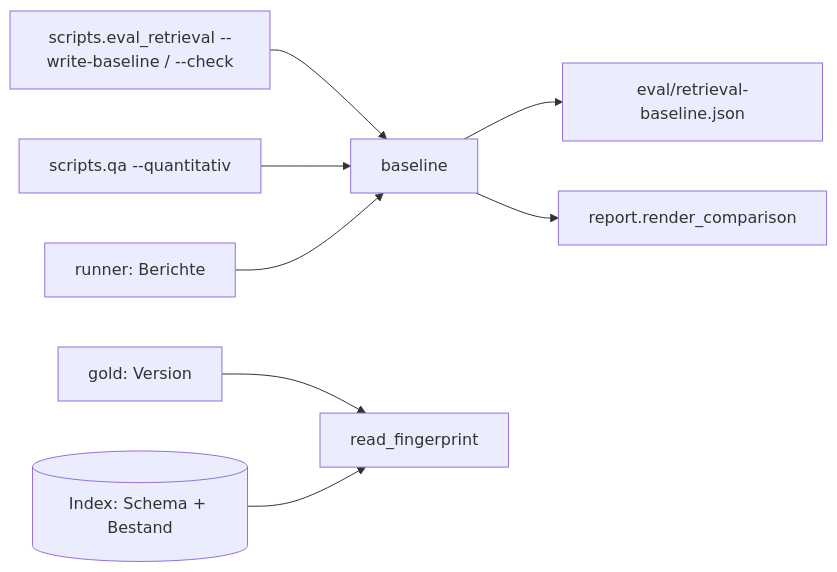
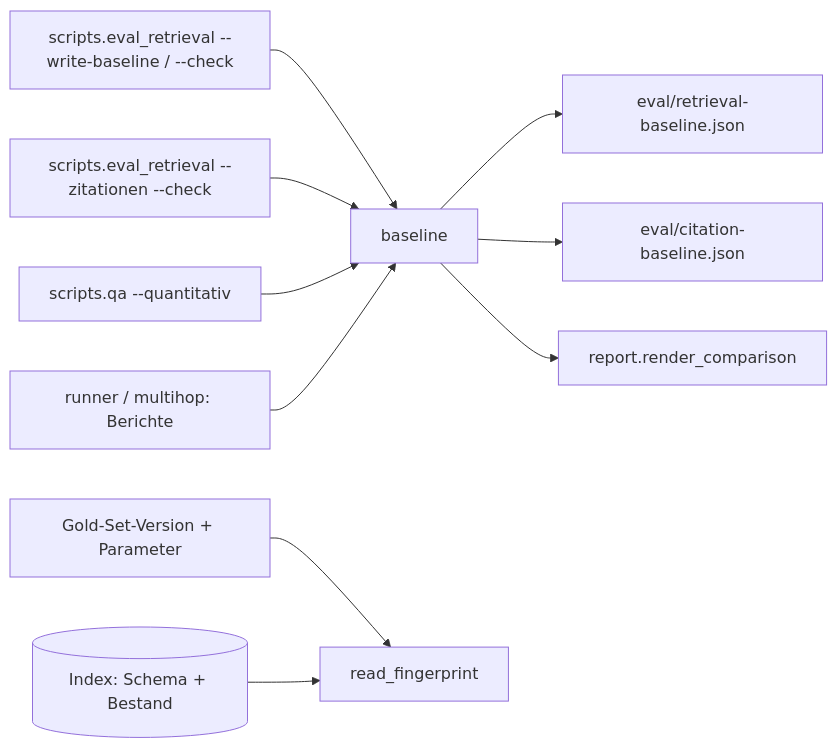
One commit to MomoEngineer/research-graphrag changed the second of 2 diagrams in src/research_graphrag/evaluation/doc/baseline.md. Above: the diagram before and after it, drawn with Mermaid. The commit also changed other lines of this file and 27 other files, not shown here.

First line of the commit message:
Add comprehensive tests for Multi-Hop evaluation against citation graph

````diff
--- a/src/research_graphrag/evaluation/doc/baseline.md
+++ b/src/research_graphrag/evaluation/doc/baseline.md
@@ -98,10 +105,12 @@
 ```mermaid
 flowchart LR
     CLI["scripts.eval_retrieval --write-baseline / --check"] --> BL["baseline"]
+    CLZ["scripts.eval_retrieval --zitationen --check"] --> BL
     QA["scripts.qa --quantitativ"] --> BL
-    RU["runner: Berichte"] --> BL
-    GO["gold: Version"] --> FP["read_fingerprint"]
+    RU["runner / multihop: Berichte"] --> BL
+    GO["Gold-Set-Version + Parameter"] --> FP["read_fingerprint"]
     DB[("Index: Schema + Bestand")] --> FP
     BL --> FILE["eval/retrieval-baseline.json"]
+    BL --> FILC["eval/citation-baseline.json"]
     BL --> RP["report.render_comparison"]
 ```
````
